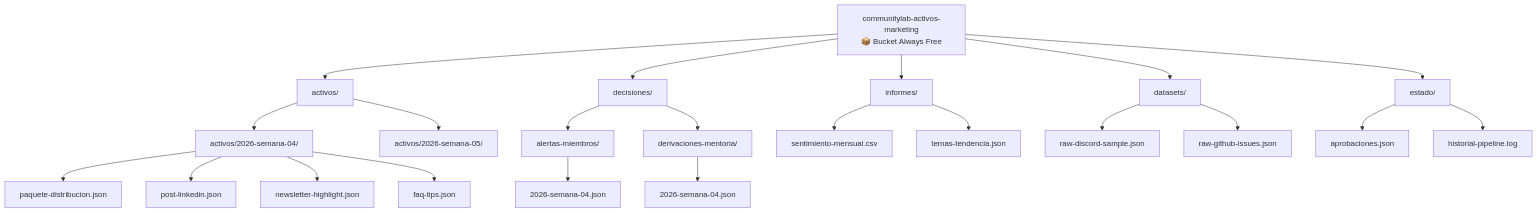
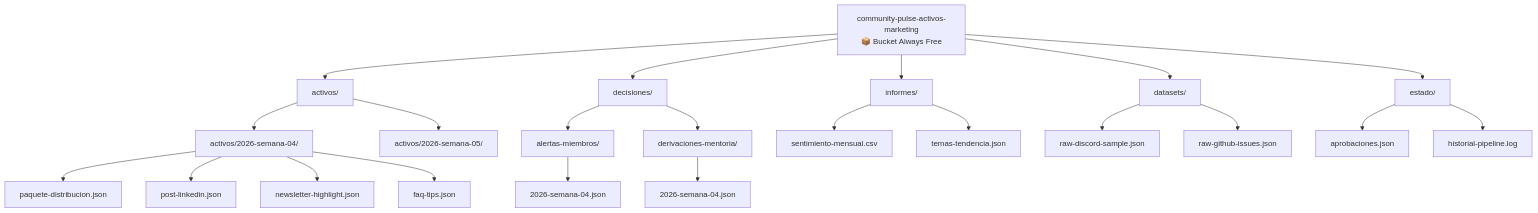
One commit to Rox-0864/community-pulse changed the fifth of 5 diagrams in arquitectura.md. Above: the diagram before and after it, drawn with Mermaid. The commit also changed other lines of this file and 51 other files, not shown here.

Commit message:
refactor: rename project to Community Pulse

````diff
--- a/arquitectura.md
+++ b/arquitectura.md
@@ -277,25 +277,25 @@
 ```mermaid
 graph TD
-    ROOT["communitylab-activos-marketing<br/>📦 Bucket Always Free"]
+    ROOT["community-pulse-activos-marketing<br/>📦 Bucket Always Free"]
     ROOT --> S1["activos/"]
     ROOT --> S2["decisiones/"]
     ROOT --> S3["informes/"]
     ROOT --> S4["datasets/"]
     ROOT --> S5["estado/"]
     S1 --> S1A["activos/2026-semana-04/"]
     S1 --> S1B["activos/2026-semana-05/"]
     S1A --> S1A1["paquete-distribucion.json"]
     S1A --> S1A2["post-linkedin.json"]
     S1A --> S1A3["newsletter-highlight.json"]
     S1A --> S1A4["faq-tips.json"]
     S2 --> S2A["alertas-miembros/"]
     S2 --> S2B["derivaciones-mentoria/"]
     S2A --> S2A1["2026-semana-04.json"]
     S2B --> S2B1["2026-semana-04.json"]
     S3 --> S3A["sentimiento-mensual.csv"]
     S3 --> S3B["temas-tendencia.json"]
     S4 --> S4A["raw-discord-sample.json"]
     S4 --> S4B["raw-github-issues.json"]
     S5 --> S5A["aprobaciones.json"]
     S5 --> S5B["historial-pipeline.log"]
 ```
````
